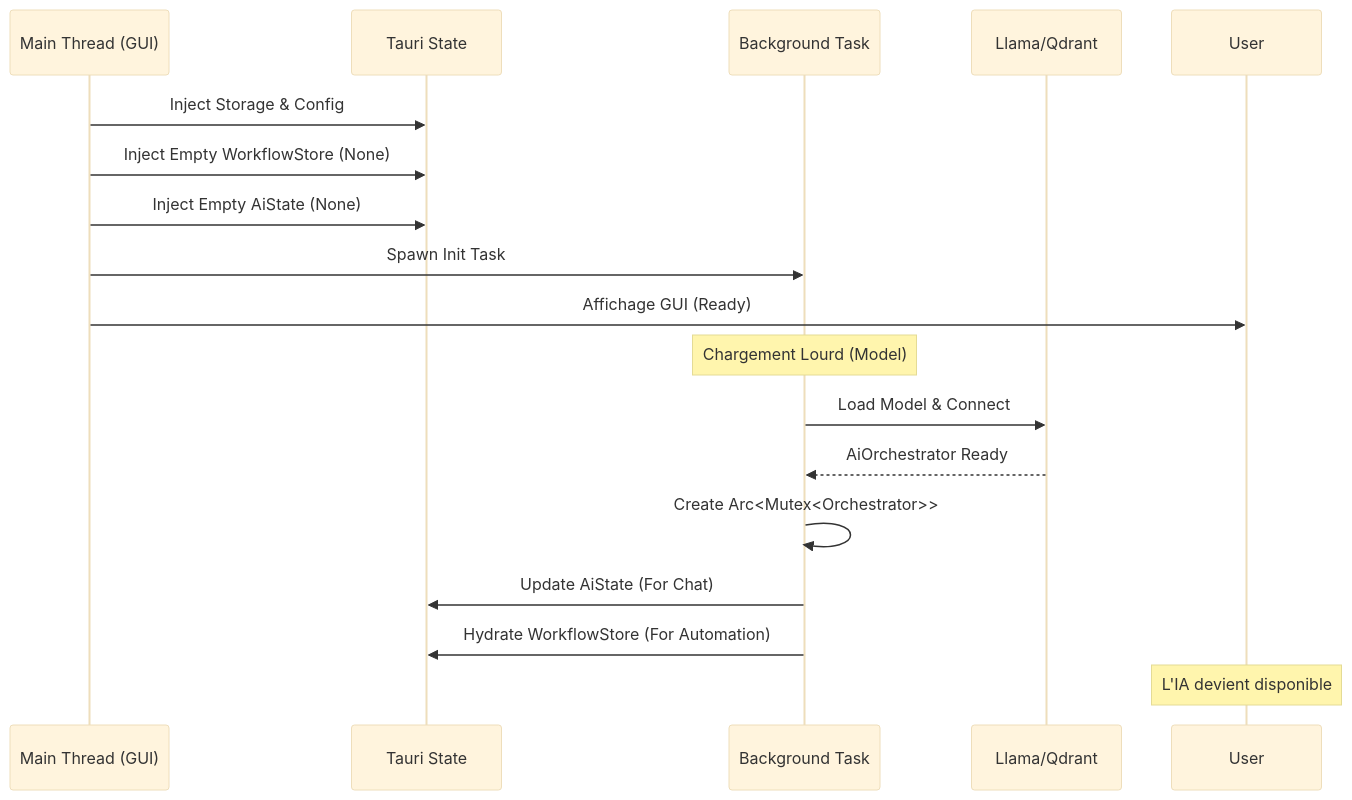
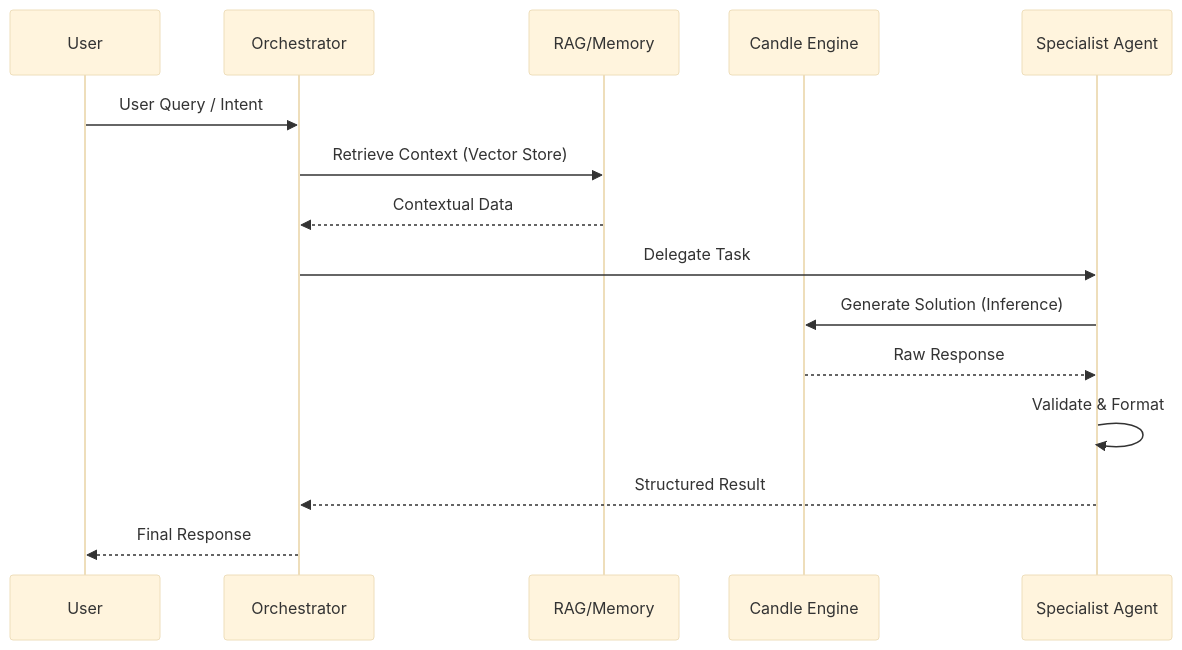
One commit to Condorcet-Continuum/raise changed the second of 3 diagrams in src-tauri/src/README.md. Above: the diagram before and after it, drawn with Mermaid (base theme). The commit also changed other lines of this file and 124 other files, not shown here.

First line of the commit message:
feat(model): finalisation architecture, validation et documentation

````diff
--- a/src-tauri/src/README.md
+++ b/src-tauri/src/README.md
@@ -40,26 +65,19 @@
 ```mermaid
 sequenceDiagram
-    participant Main as Main Thread (GUI)
-    participant State as Tauri State
-    participant Async as Background Task
-    participant AI as Llama/Qdrant
+    participant User
+    participant Orch as Orchestrator
+    participant RAG as RAG/Memory
+    participant LLM as Candle Engine
+    participant Agent as Specialist Agent
 
-    Main->>State: Inject Storage & Config
-    Main->>State: Inject Empty WorkflowStore (None)
-    Main->>State: Inject Empty AiState (None)
-    Main->>Async: Spawn Init Task
-    Main->>User: Affichage GUI (Ready)
-
-    Note over Async: Chargement Lourd (Model)
-
-    Async->>AI: Load Model & Connect
-    AI-->>Async: AiOrchestrator Ready
-
-    Async->>Async: Create Arc<Mutex<Orchestrator>>
-
-    Async->>State: Update AiState (For Chat)
-    Async->>State: Hydrate WorkflowStore (For Automation)
-
-    Note over User: L'IA devient disponible
+    User->>Orch: User Query / Intent
+    Orch->>RAG: Retrieve Context (Vector Store)
+    RAG-->>Orch: Contextual Data
+    Orch->>Agent: Delegate Task
+    Agent->>LLM: Generate Solution (Inference)
+    LLM-->>Agent: Raw Response
+    Agent->>Agent: Validate & Format
+    Agent-->>Orch: Structured Result
+    Orch-->>User: Final Response
 
 ```
````
